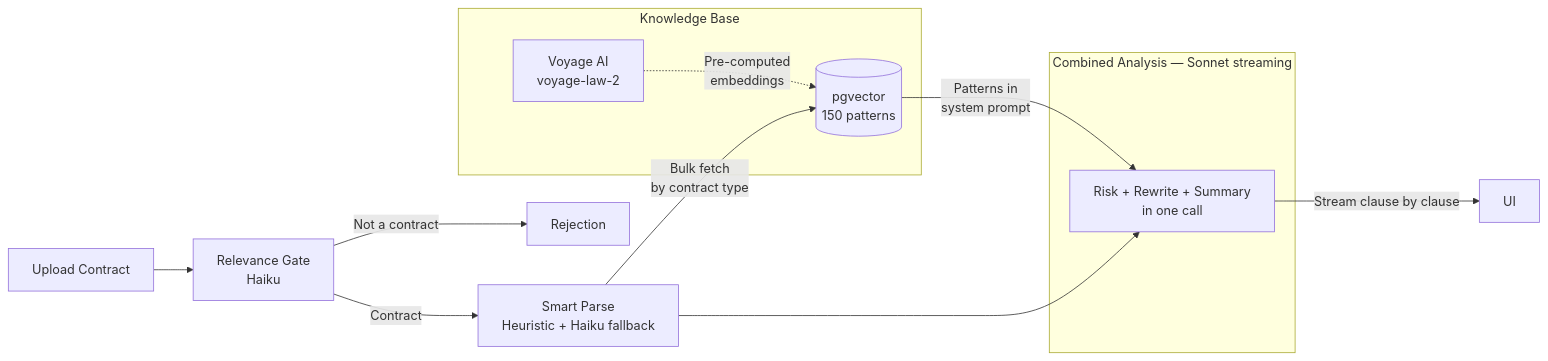
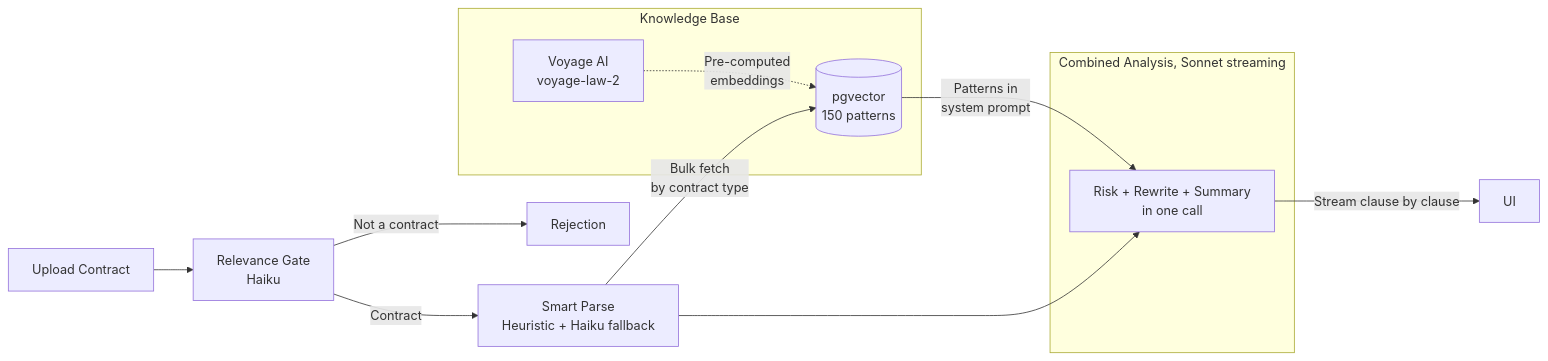
The diagram in README.md (luclacombe/red-flag-ai), drawn with Mermaid before and after one commit. The commit also changed other lines of this file and 6 other files, not shown here.

````diff
--- a/README.md
+++ b/README.md
@@ -53,20 +52,20 @@
 ```mermaid
 flowchart LR
     A[Upload Contract] --> B[Relevance Gate\nHaiku]
     B -->|Not a contract| C[Rejection]
     B -->|Contract| D[Smart Parse\nHeuristic + Haiku fallback]
     D --> E
 
-    subgraph SA[Combined Analysis — Sonnet streaming]
+    subgraph SA[Combined Analysis, Sonnet streaming]
         E[Risk + Rewrite + Summary\nin one call]
     end
 
     E -->|Stream clause by clause| F[UI]
 
     subgraph RAG[Knowledge Base]
         G[(pgvector\n150 patterns)] -->|Patterns in\nsystem prompt| E
         H[Voyage AI\nvoyage-law-2] -.->|Pre-computed\nembeddings| G
     end
 
     D -->|Bulk fetch\nby contract type| G
 ```
````
